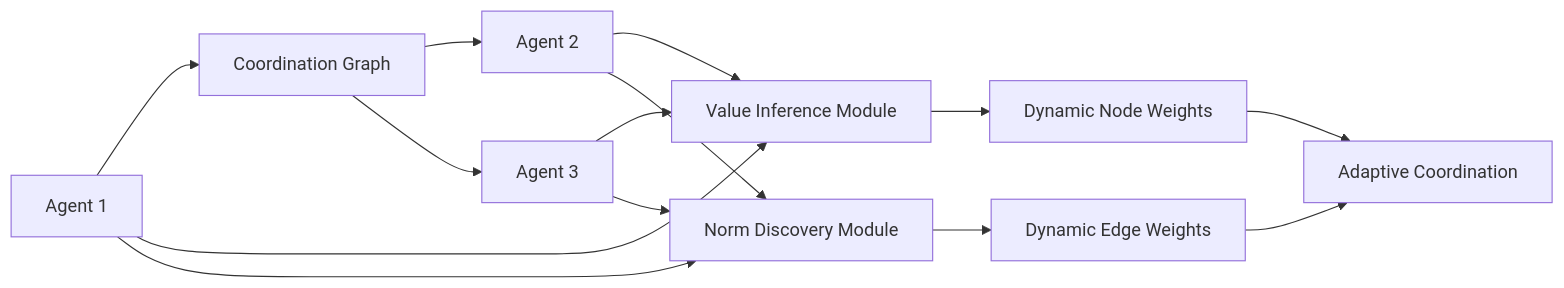
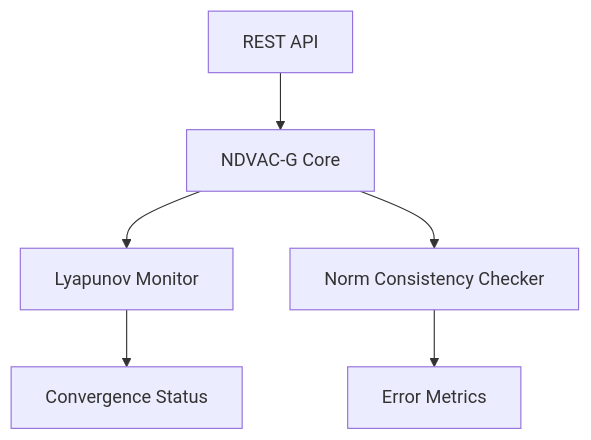
One commit to shawnhvac/agentworld-prior-art changed the diagram in inventions/inv_norm_driven_value_adaptive_coordination_graph_nd_3c493.md. Above: the diagram before and after it, drawn with Mermaid. The commit also changed other lines of this file and 40 other files, not shown here.

````diff
--- a/inventions/inv_norm_driven_value_adaptive_coordination_graph_nd_3c493.md
+++ b/inventions/inv_norm_driven_value_adaptive_coordination_graph_nd_3c493.md
@@ -47,16 +47,8 @@
 ```mermaid
-graph LR
-  A[Agent 1] --> B[Coordination Graph]
-  A --> C[Value Inference Module]
-  A --> D[Norm Discovery Module]
-  B --> E[Agent 2]
-  E --> C
-  E --> D
-  B --> F[Agent 3]
-  F --> C
-  F --> D
-  C --> G[Dynamic Node Weights]
-  D --> H[Dynamic Edge Weights]
-  G --> I[Adaptive Coordination]
-  H --> I
+graph TD
+    A[REST API] --> B[NDVAC-G Core]
+    B --> C[Lyapunov Monitor]
+    B --> D[Norm Consistency Checker]
+    C --> E[Convergence Status]
+    D --> F[Error Metrics]
 ```
````
